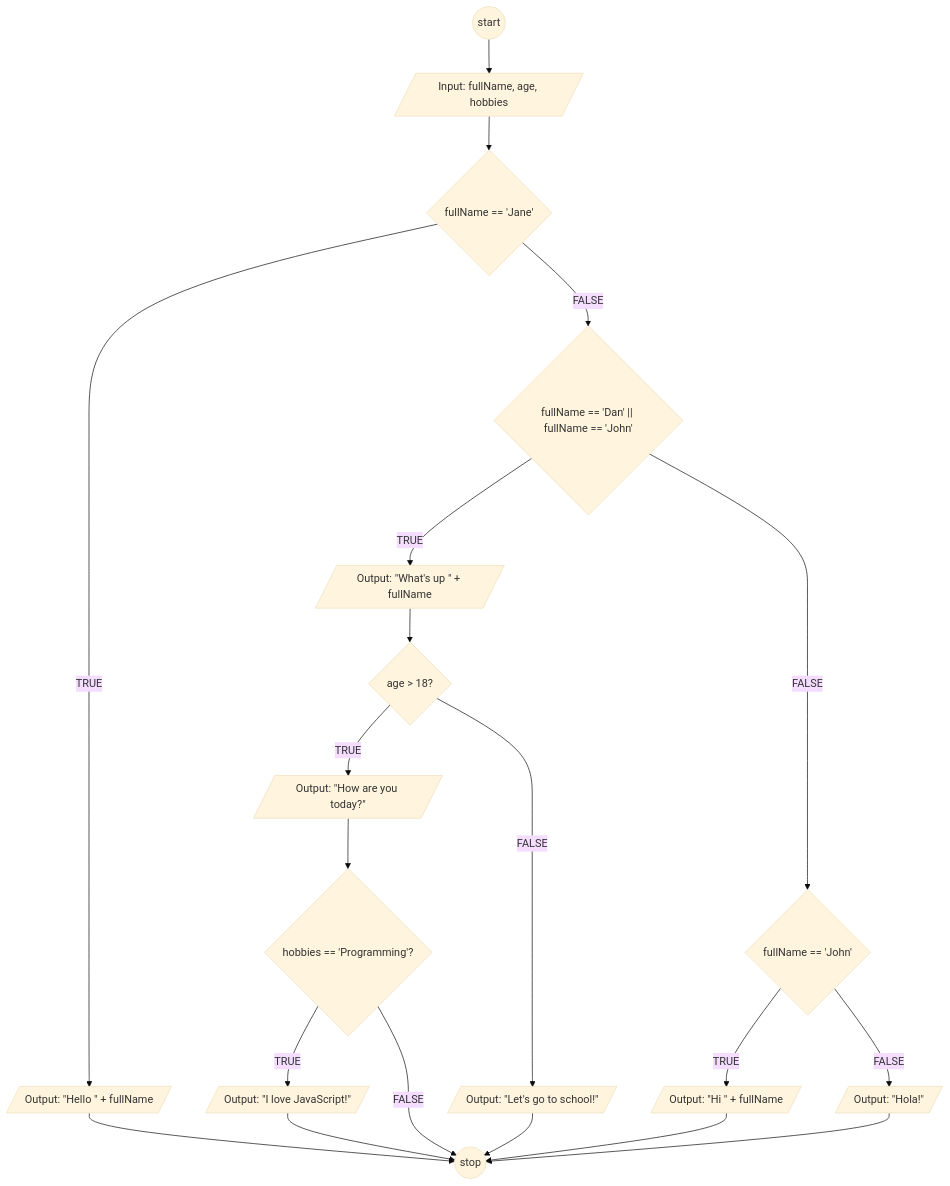
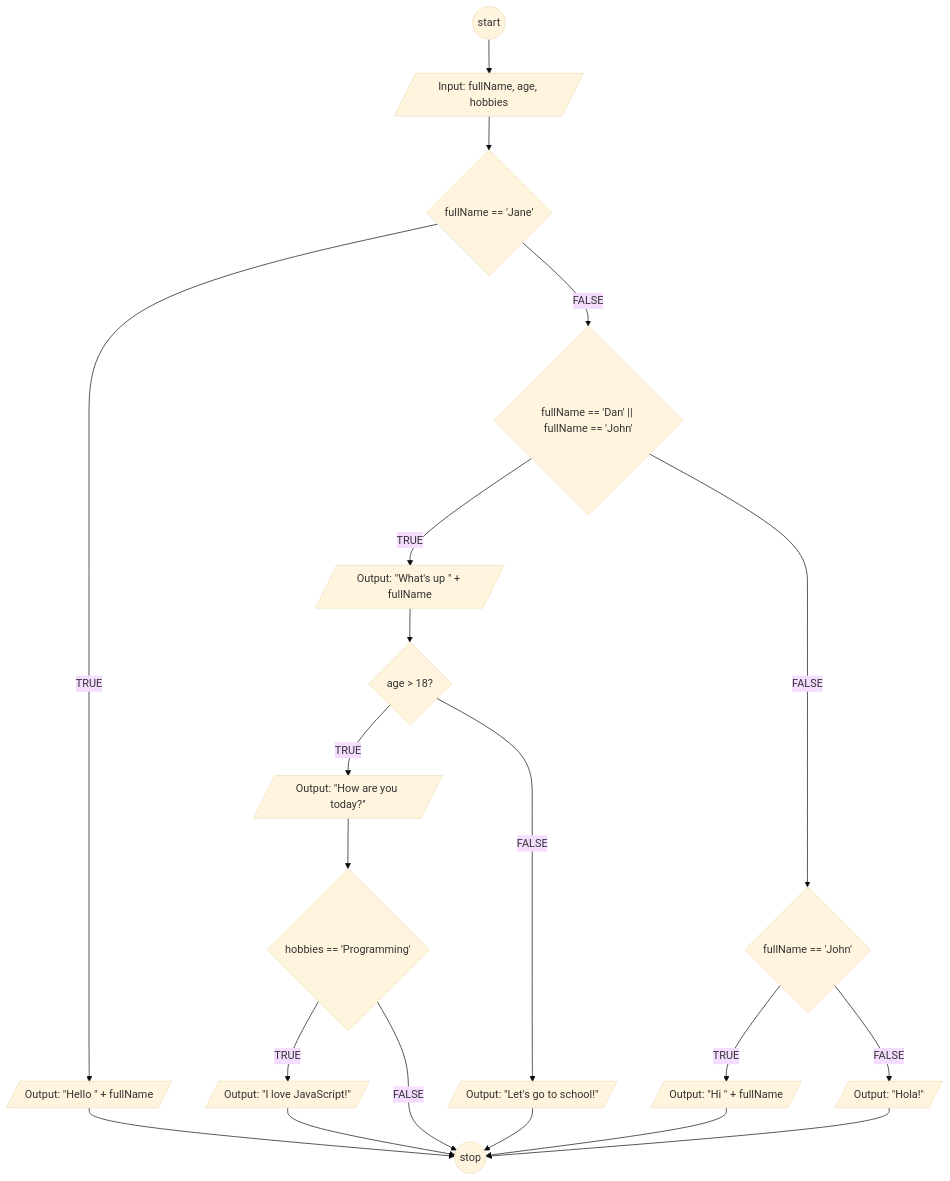
Before and after one commit to makarim22/koda-b6-javascript1: the diagram in flowchart-fullName.md, drawn with Mermaid (base theme). The commit also changed other lines of this file, not shown here.

````diff
--- a/flowchart-fullName.md
+++ b/flowchart-fullName.md
@@ -1,54 +1,54 @@
 ```mermaid
 flowchart TD
     A@{ shape: circle, label: "start" } --> B
 
     B@{ shape: lean-r, label: "Input: fullName, age, hobbies" } --> C
 
     C@{ shape: diamond, label: "fullName == 'Jane'" } -->|TRUE| D
 
     C -- FALSE --> E
 
     D@{ shape: lean-r, label: "Output: \"Hello \" + fullName" }
 
     E@{ shape: diamond, label: "fullName == 'Dan' || fullName == 'John'" } 
 
     E -- TRUE --> S
 
     S@{ shape: lean-r, label: "Output: \"What's up \" + fullName" } 
     S --> F
 
     E -- FALSE --> G
 
     G@{ shape: diamond, label: "fullName == 'John'" } 
     G -- TRUE --> J
 
     J@{ shape: lean-r, label: "Output: \"Hi \" + fullName" } 
 
     G -- FALSE --> K
 
     F@{ shape: diamond, label: "age > 18?" } 
 
     F  --> |TRUE| Q
 
     F -- FALSE --> H
 
     H@{ shape: lean-r, label: "Output: \"Let's go to school!\"" } 
 
     K@{ shape: lean-r, label: "Output: \"Hola!\"" } 
 
-    O@{ shape: diamond, label: "hobbies == 'Programming'?" } -->|TRUE| P
+    O@{ shape: diamond, label: "hobbies == 'Programming'" } -->|TRUE| P
 
     O -- FALSE --> Z
 
     P@{ shape: lean-r, label: "Output: \"I love JavaScript!\"" } 
 
     Q@{ shape: lean-r, label: "Output: \"How are you today?\"" } --> O
 
     Z@{ shape: circle, label: "stop" }
 
     D --> Z
     K --> Z
     P --> Z
     H --> Z
     J --> Z
 ```
````
